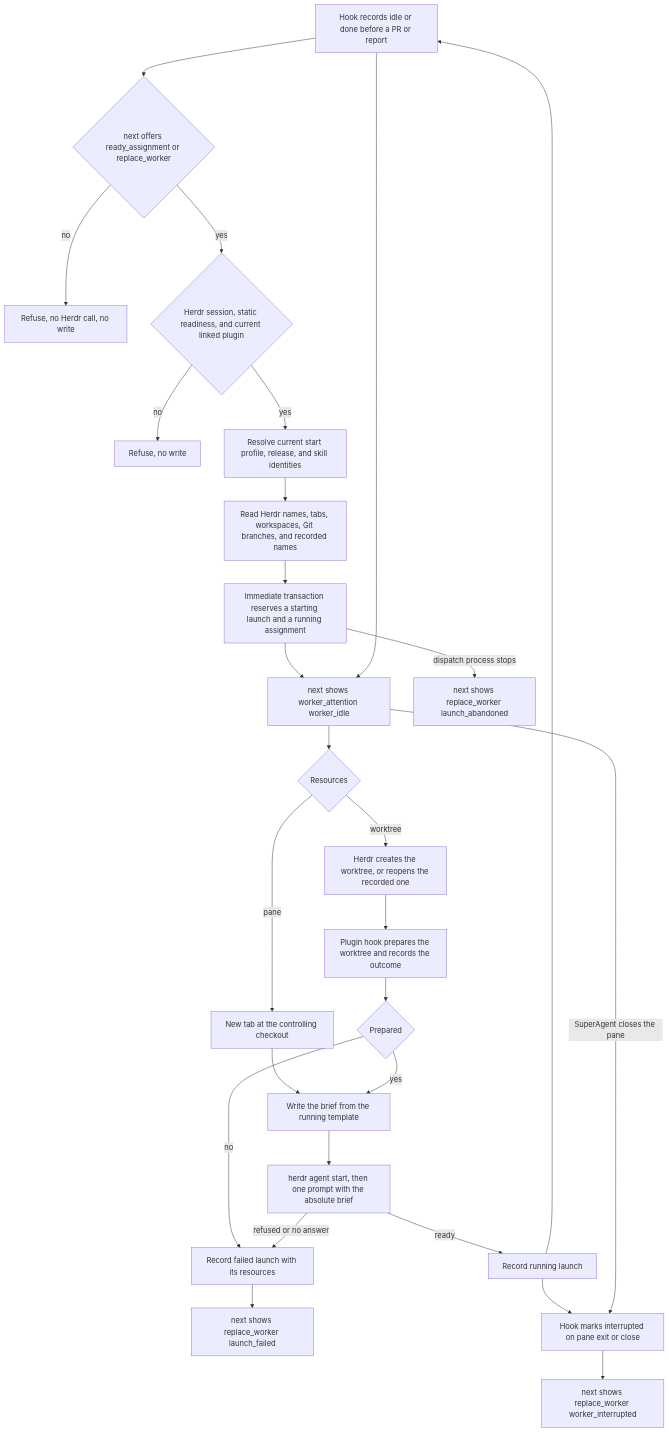
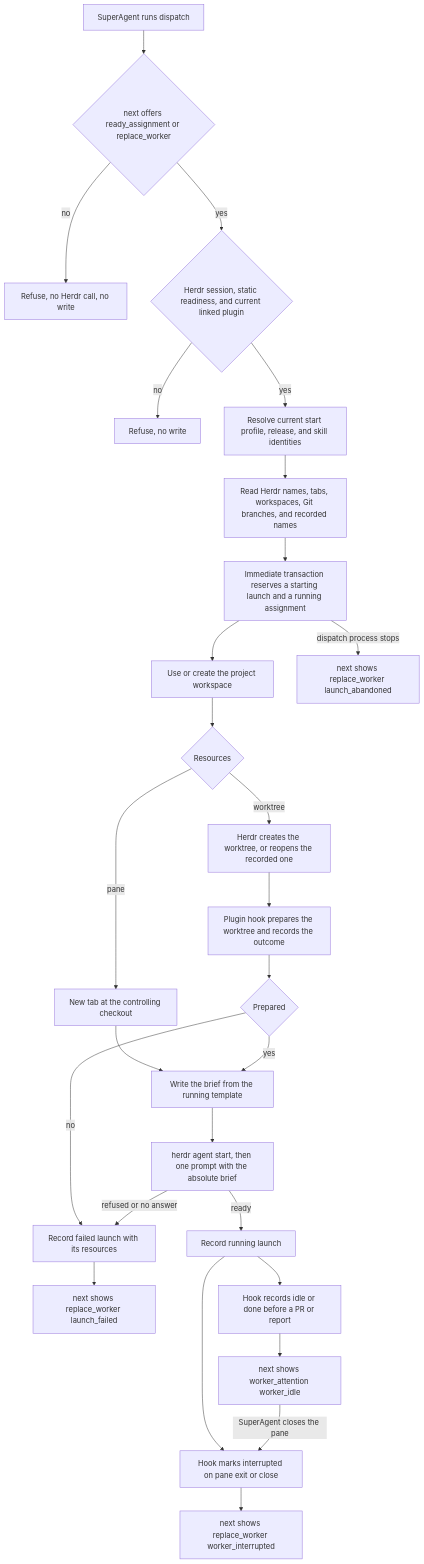
Before and after one commit to fveracoechea/operator: the diagram in docs/implementation/247-dispatch.md, drawn with Mermaid. The commit also changed other lines of this file and 5 other files, not shown here.

````diff
--- a/docs/implementation/247-dispatch.md
+++ b/docs/implementation/247-dispatch.md
@@ -31,29 +31,29 @@
 ```mermaid
 flowchart TD
     S[SuperAgent runs dispatch] --> F{next offers ready_assignment or replace_worker}
     F -->|no| R1[Refuse, no Herdr call, no write]
     F -->|yes| C{Herdr session, static readiness, and current linked plugin}
     C -->|no| R2[Refuse, no write]
     C -->|yes| P[Resolve current start profile, release, and skill identities]
     P --> N[Read Herdr names, tabs, workspaces, Git branches, and recorded names]
     N --> T[Immediate transaction reserves a starting launch and a running assignment]
     T --> W[Use or create the project workspace]
     W --> K{Resources}
     K -->|pane| B[New tab at the controlling checkout]
     K -->|worktree| G[Herdr creates the worktree, or reopens the recorded one]
     G --> H[Plugin hook prepares the worktree and records the outcome]
     H --> J{Prepared}
     J -->|no| X[Record failed launch with its resources]
     B --> Q[Write the brief from the running template]
     J -->|yes| Q
     Q --> A[herdr agent start, then one prompt with the absolute brief]
     A -->|refused or no answer| X
     A -->|ready| U[Record running launch]
     X --> V[next shows replace_worker launch_failed]
     T -->|dispatch process stops| Y[next shows replace_worker launch_abandoned]
     U --> E[Hook marks interrupted on pane exit or close]
     E --> I[next shows replace_worker worker_interrupted]
-    U --> S[Hook records idle or done before a PR or report]
-    S --> W[next shows worker_attention worker_idle]
-    W -->|SuperAgent closes the pane| E
+    U --> L[Hook records idle or done before a PR or report]
+    L --> M[next shows worker_attention worker_idle]
+    M -->|SuperAgent closes the pane| E
 ```
````
